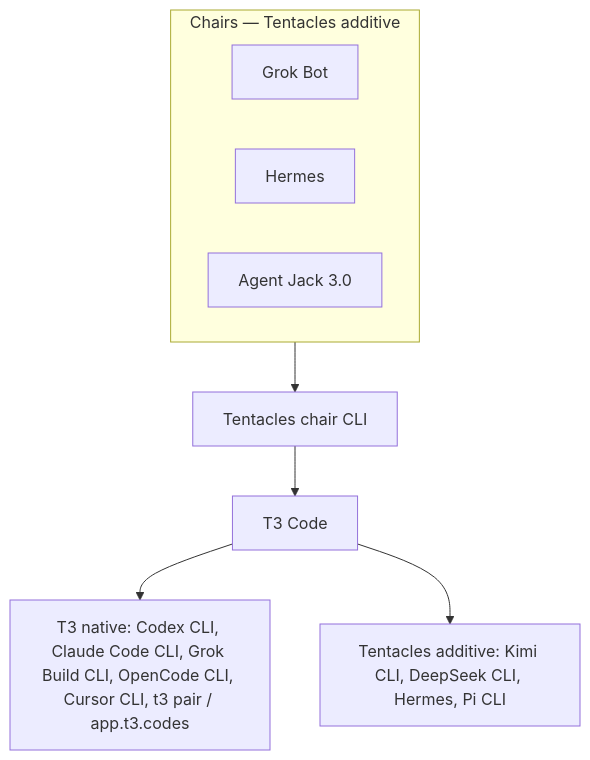
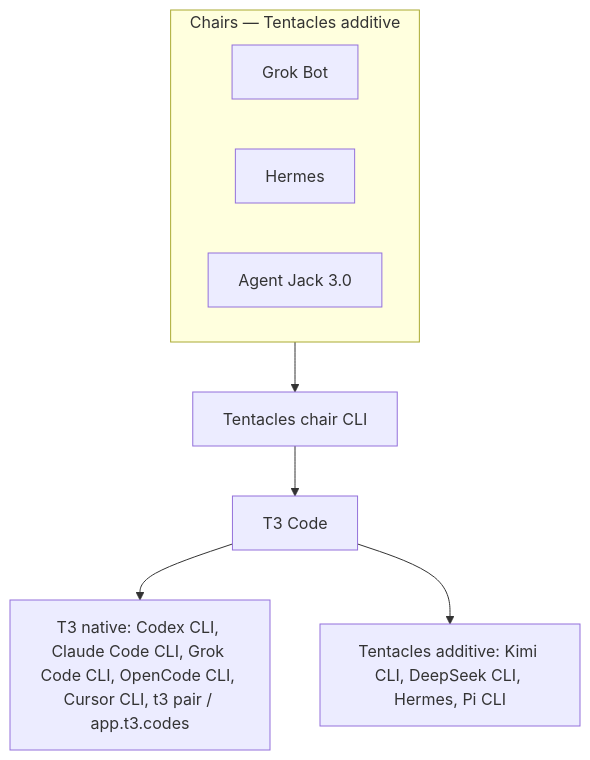
Before and after one commit to m-check1B/t3-code-tentacles: the diagram in README.md, drawn with Mermaid. The commit also changed other lines of this file and 2 other files, not shown here.

First line of the commit message:
docs: name the Grok lab Grok Code CLI

````diff
--- a/README.md
+++ b/README.md
@@ -89,13 +89,13 @@
 ```mermaid
 flowchart TB
     subgraph Chairs["Chairs — Tentacles additive"]
         direction LR
         GrokBot["Grok Bot"]
         HermesChair["Hermes"]
         Jack["Agent Jack 3.0"]
     end
     Chairs --> ChairCLI["Tentacles chair CLI"]
     ChairCLI --> T3["T3 Code"]
-    T3 --> Native["T3 native: Codex CLI, Claude Code CLI, Grok Build CLI, OpenCode CLI, Cursor CLI, t3 pair / app.t3.codes"]
+    T3 --> Native["T3 native: Codex CLI, Claude Code CLI, Grok Code CLI, OpenCode CLI, Cursor CLI, t3 pair / app.t3.codes"]
     T3 --> Additive["Tentacles additive: Kimi CLI, DeepSeek CLI, Hermes, Pi CLI"]
 ```
````
